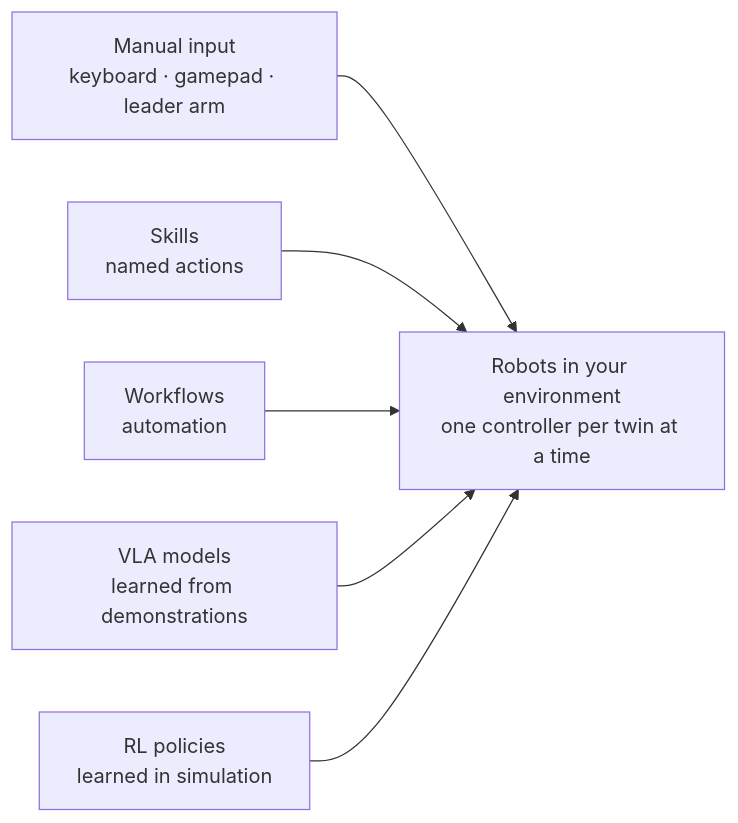
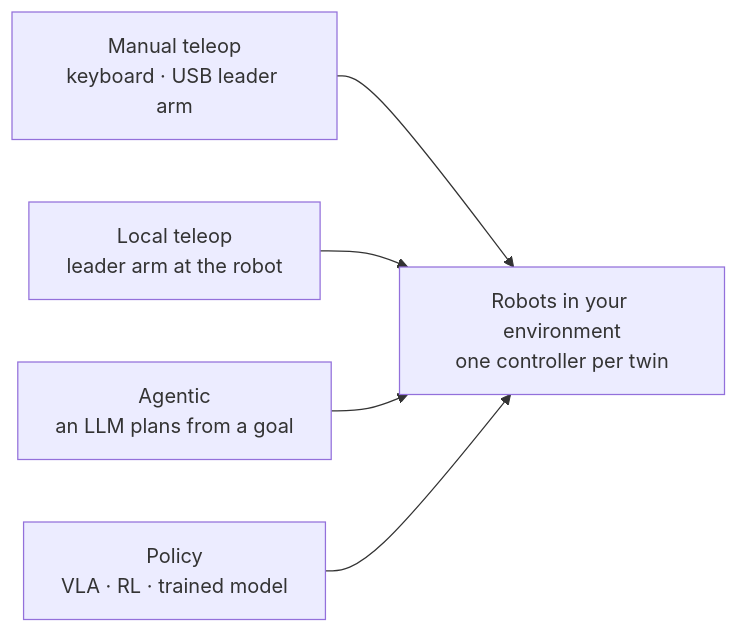
The diagram in ai/control.mdx (cyberwave-os/docs-mintlify), drawn with Mermaid before and after one commit. The commit also changed other lines of this file and 58 other files, not shown here.

````diff
--- a/ai/control.mdx
+++ b/ai/control.mdx
@@ -10,9 +10,8 @@
 ```mermaid
 flowchart LR
-  M[Manual input<br/>keyboard · gamepad · leader arm] --> E
-  S[Skills<br/>named actions] --> E
-  W[Workflows<br/>automation] --> E
-  V[VLA models<br/>learned from demonstrations] --> E
-  R[RL policies<br/>learned in simulation] --> E
-  E[Robots in your environment<br/>one controller per twin at a time]
+  M[Manual teleop<br/>keyboard · USB leader arm] --> E
+  L[Local teleop<br/>leader arm at the robot] --> E
+  A[Agentic<br/>an LLM plans from a goal] --> E
+  P[Policy<br/>VLA · RL · trained model] --> E
+  E[Robots in your environment<br/>one controller per twin]
 ```
````
